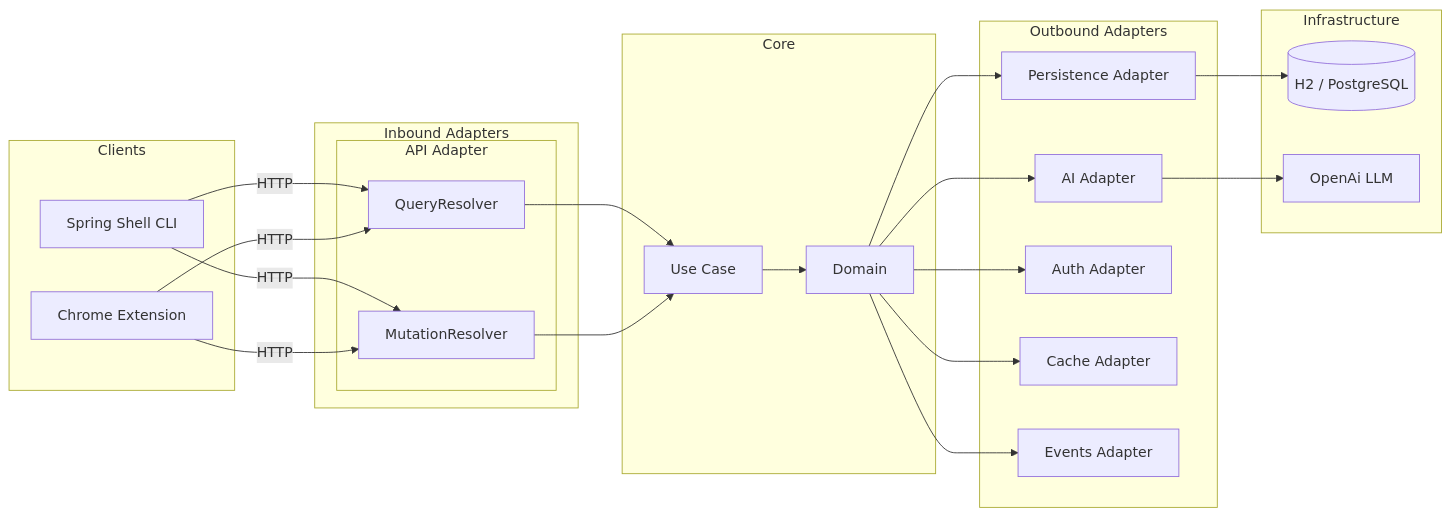
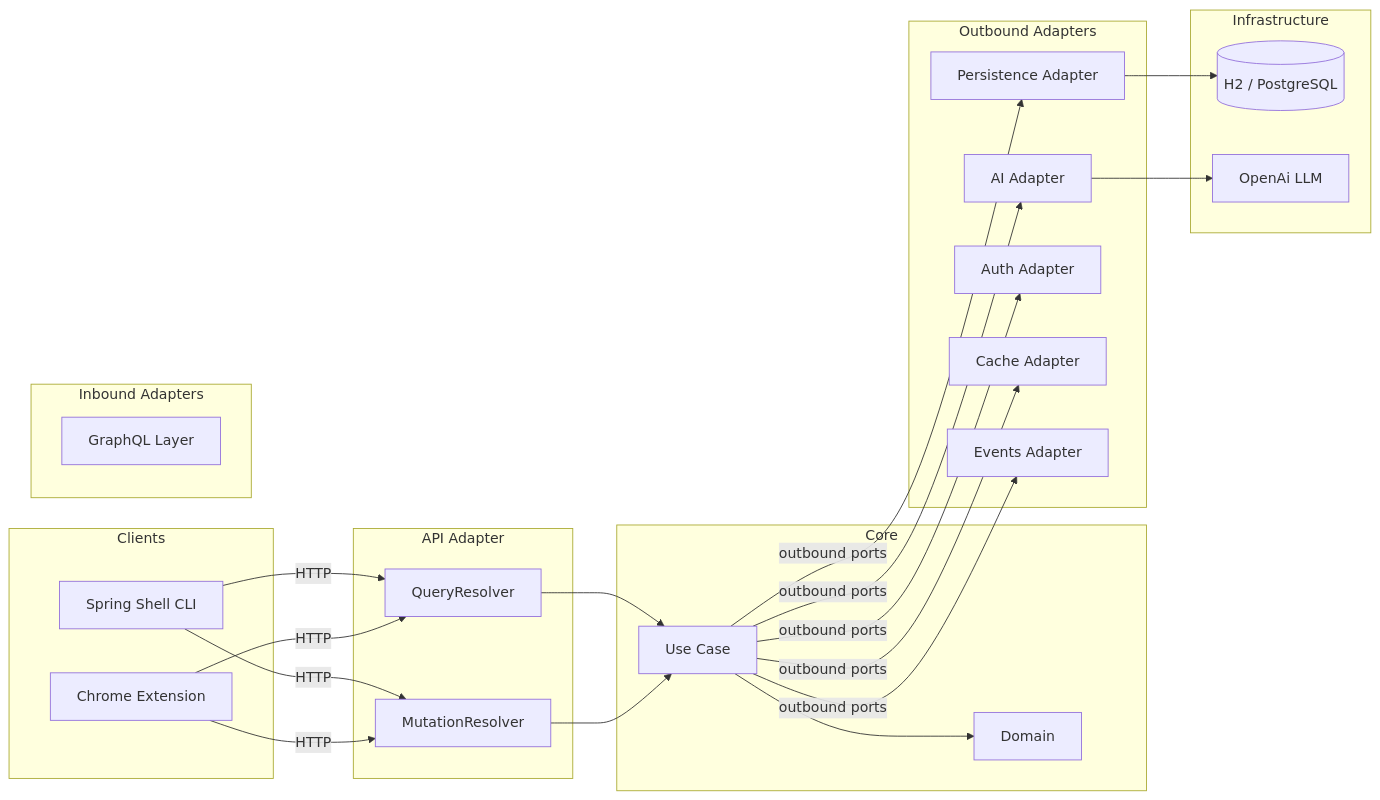
One commit to JuanPabloJimenezEsclusa/alexandra-job-tracker changed the second of 3 diagrams in README.md. Above: the diagram before and after it, drawn with Mermaid. The commit also changed other lines of this file and 8 other files, not shown here.

````diff
--- a/README.md
+++ b/README.md
@@ -153,41 +161,41 @@
 ```mermaid
 flowchart LR
   subgraph clients [Clients]
     CLI["Spring Shell CLI"]
     Ext["Chrome Extension"]
   end
 
   subgraph api [API Adapter]
     QR["QueryResolver"]
     MR["MutationResolver"]
   end
 
   subgraph inbound [Inbound Adapters]
-    api[GraphQL Layer]
+    gql["GraphQL Layer"]
   end
 
   subgraph core [Core]
     UC["Use Case"]
     Domain["Domain"]
   end
 
   subgraph outbound [Outbound Adapters]
     JPA["Persistence Adapter"]
     AI["AI Adapter"]
     Auth["Auth Adapter"]
     Cache["Cache Adapter"]
     Events["Events Adapter"]
   end
 
   subgraph storage [Infrastructure]
     DB[("H2 / PostgreSQL")]
     LLM["OpenAi LLM"]
   end
 
   CLI --> |HTTP| QR & MR
   Ext --> |HTTP| QR & MR
   QR & MR --> UC --> Domain
-  Domain --> JPA & AI & Auth & Cache & Events
+  UC --> |outbound ports| JPA & AI & Auth & Cache & Events
   JPA --> DB
   AI --> LLM
 ```
````
